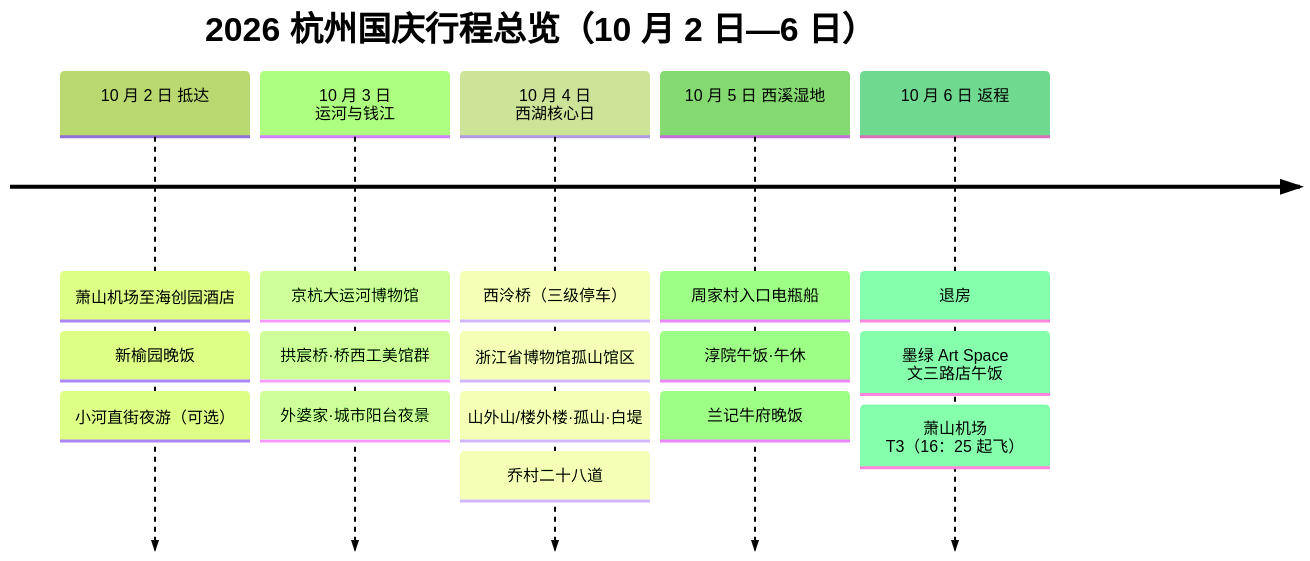
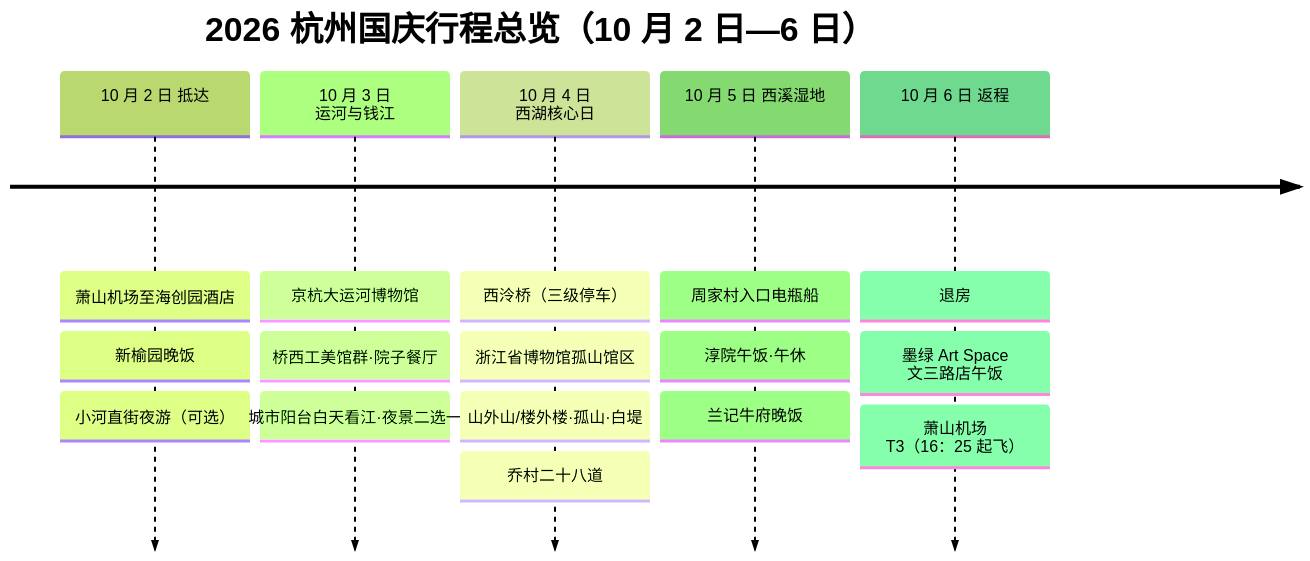
The diagram in docs/index.md (TheShadow178/hangzhou-trip), drawn with Mermaid (forest theme) before and after one commit. The commit also changed other lines of this file and 2 other files, not shown here.

````diff
--- a/docs/index.md
+++ b/docs/index.md
@@ -73,9 +73,9 @@
 ```mermaid
 timeline
     title 2026 杭州国庆行程总览（10 月 2 日—6 日）
         10 月 2 日 抵达 : 萧山机场至海创园酒店 : 新榆园晚饭 : 小河直街夜游（可选）
-        10 月 3 日 运河与钱江 : 京杭大运河博物馆 : 拱宸桥·桥西工美馆群 : 外婆家·城市阳台夜景
+        10 月 3 日 运河与钱江 : 京杭大运河博物馆 : 桥西工美馆群·院子餐厅 : 城市阳台白天看江·夜景二选一
         10 月 4 日 西湖核心日 : 西泠桥（三级停车） : 浙江省博物馆孤山馆区 : 山外山/楼外楼·孤山·白堤 : 乔村二十八道
         10 月 5 日 西溪湿地 : 周家村入口电瓶船 : 淳院午饭·午休 : 兰记牛府晚饭
         10 月 6 日 返程 : 退房 : 墨绿 Art Space 文三路店午饭 : 萧山机场 T3（16：25 起飞）
 ```
````
